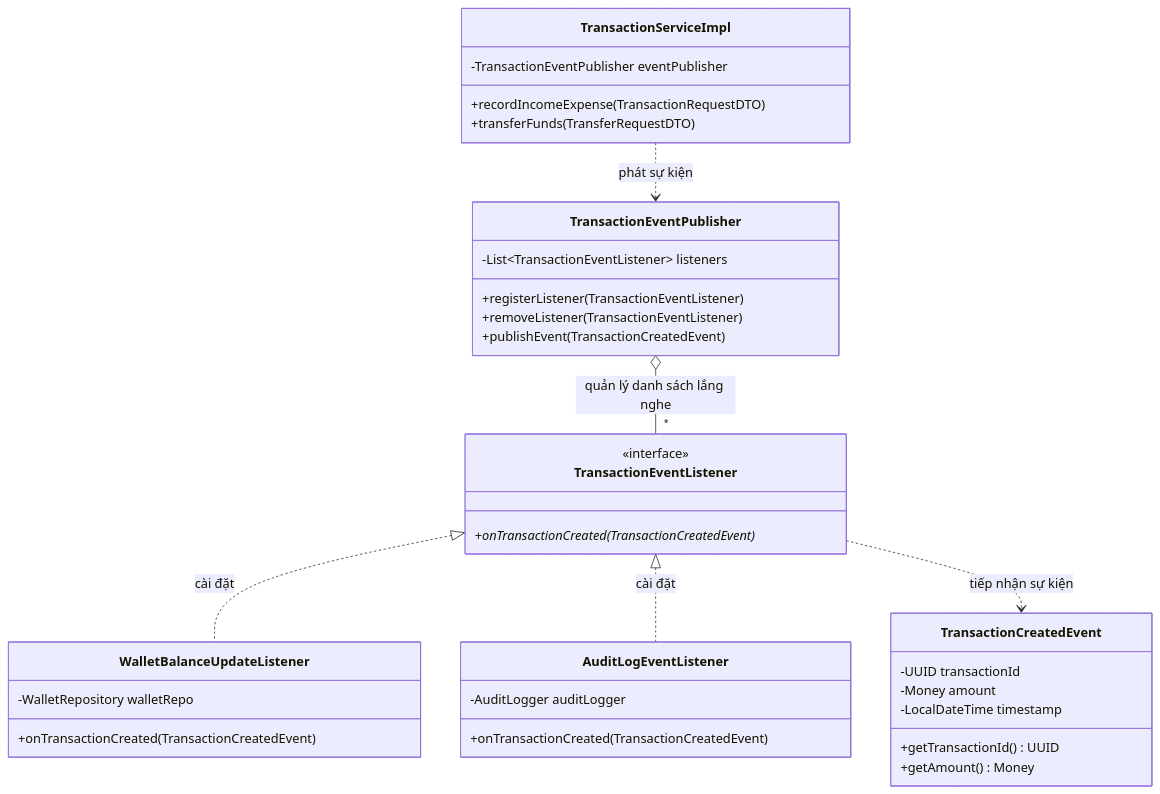
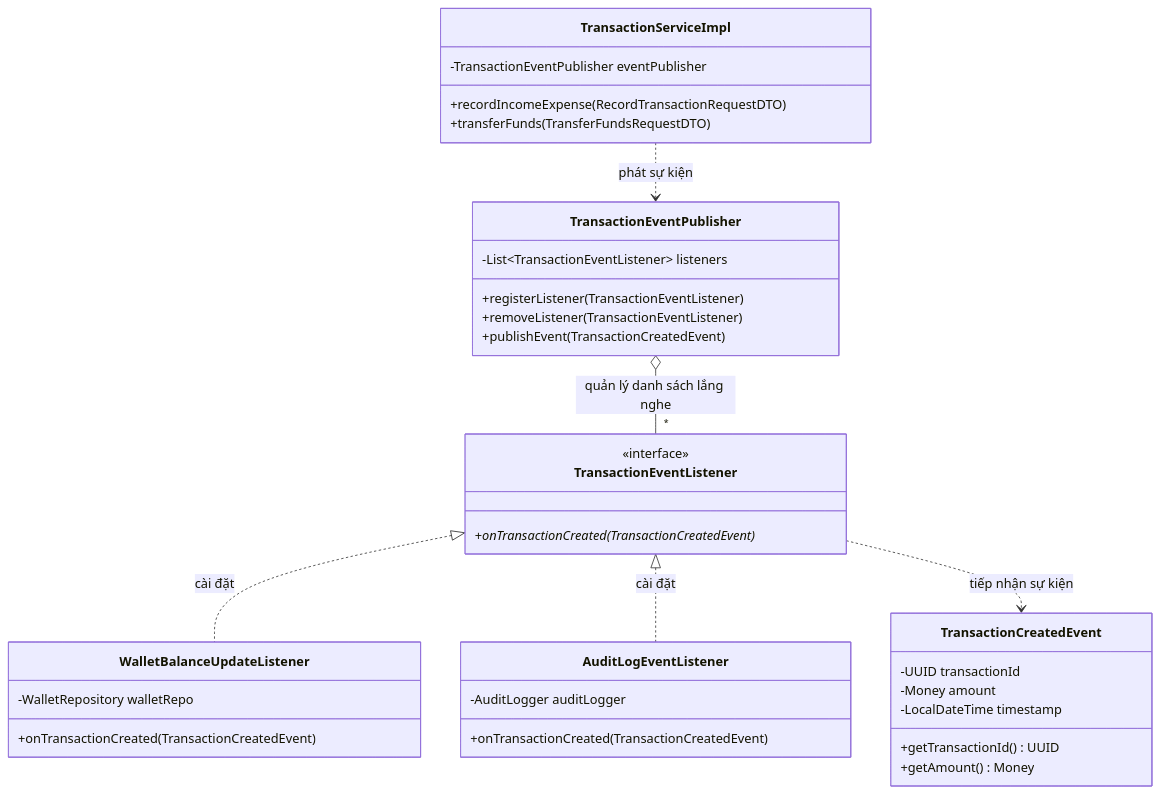
Before and after one commit to mynhleeh/pfms-oop: the fourth of 4 diagrams in docs/object-oriented-design/06-ap-dung-nguyen-ly-solid-va-thiet-ke-mau-gof.md, drawn with Mermaid. The commit also changed other lines of this file and 3 other files, not shown here.

Commit message:
docs(ood): harmonize service contracts, sequence diagrams, and DTO specifications

````diff
--- a/docs/object-oriented-design/06-ap-dung-nguyen-ly-solid-va-thiet-ke-mau-gof.md
+++ b/docs/object-oriented-design/06-ap-dung-nguyen-ly-solid-va-thiet-ke-mau-gof.md
@@ -300,46 +300,46 @@
 ```mermaid
 classDiagram
     direction TB
 
     class TransactionServiceImpl {
         -TransactionEventPublisher eventPublisher
-        +recordIncomeExpense(TransactionRequestDTO)
-        +transferFunds(TransferRequestDTO)
+        +recordIncomeExpense(RecordTransactionRequestDTO)
+        +transferFunds(TransferFundsRequestDTO)
     }
 
     class TransactionEventPublisher {
         -List~TransactionEventListener~ listeners
         +registerListener(TransactionEventListener)
         +removeListener(TransactionEventListener)
         +publishEvent(TransactionCreatedEvent)
     }
 
     class TransactionEventListener {
         <<interface>>
         +onTransactionCreated(TransactionCreatedEvent)*
     }
 
     class WalletBalanceUpdateListener {
         -WalletRepository walletRepo
         +onTransactionCreated(TransactionCreatedEvent)
     }
 
     class AuditLogEventListener {
         -AuditLogger auditLogger
         +onTransactionCreated(TransactionCreatedEvent)
     }
 
     class TransactionCreatedEvent {
         -UUID transactionId
         -Money amount
         -LocalDateTime timestamp
         +getTransactionId() UUID
         +getAmount() Money
     }
 
     TransactionServiceImpl ..> TransactionEventPublisher : phát sự kiện
     TransactionEventPublisher o-- "*" TransactionEventListener : quản lý danh sách lắng nghe
     TransactionEventListener <|.. WalletBalanceUpdateListener : cài đặt
     TransactionEventListener <|.. AuditLogEventListener : cài đặt
     TransactionEventListener ..> TransactionCreatedEvent : tiếp nhận sự kiện
 ```
````
